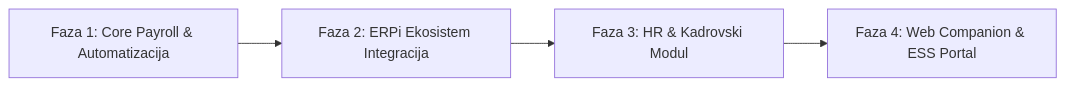
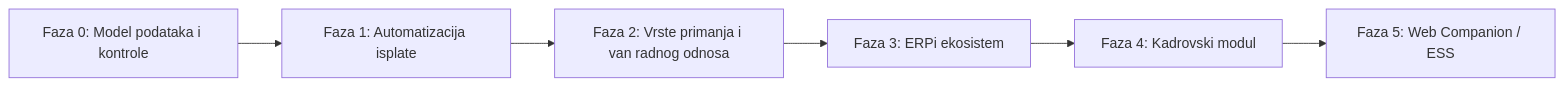
Before and after one commit to blagojevicboban/ERPiZarade: the diagram in ANALIZA_I_PREDLOZI_FUNKCIONALNOSTI.md, drawn with Mermaid. The commit also changed other lines of this file, not shown here.

````diff
--- a/ANALIZA_I_PREDLOZI_FUNKCIONALNOSTI.md
+++ b/ANALIZA_I_PREDLOZI_FUNKCIONALNOSTI.md
@@ -71,6 +118,8 @@
 ```mermaid
 flowchart LR
-    Faza1[Faza 1: Core Payroll & Automatizacija] --> Faza2[Faza 2: ERPi Ekosistem Integracija]
-    Faza2 --> Faza3[Faza 3: HR & Kadrovski Modul]
-    Faza3 --> Faza4[Faza 4: Web Companion & ESS Portal]
+    Faza0[Faza 0: Model podataka i kontrole] --> Faza1[Faza 1: Automatizacija isplate]
+    Faza1 --> Faza2[Faza 2: Vrste primanja i van radnog odnosa]
+    Faza2 --> Faza3[Faza 3: ERPi ekosistem]
+    Faza3 --> Faza4[Faza 4: Kadrovski modul]
+    Faza4 --> Faza5[Faza 5: Web Companion / ESS]
 ```
````
